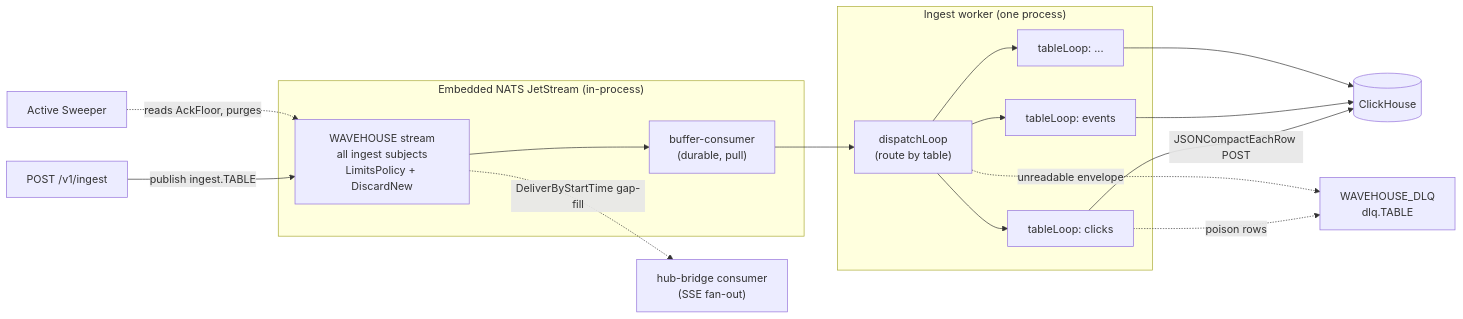
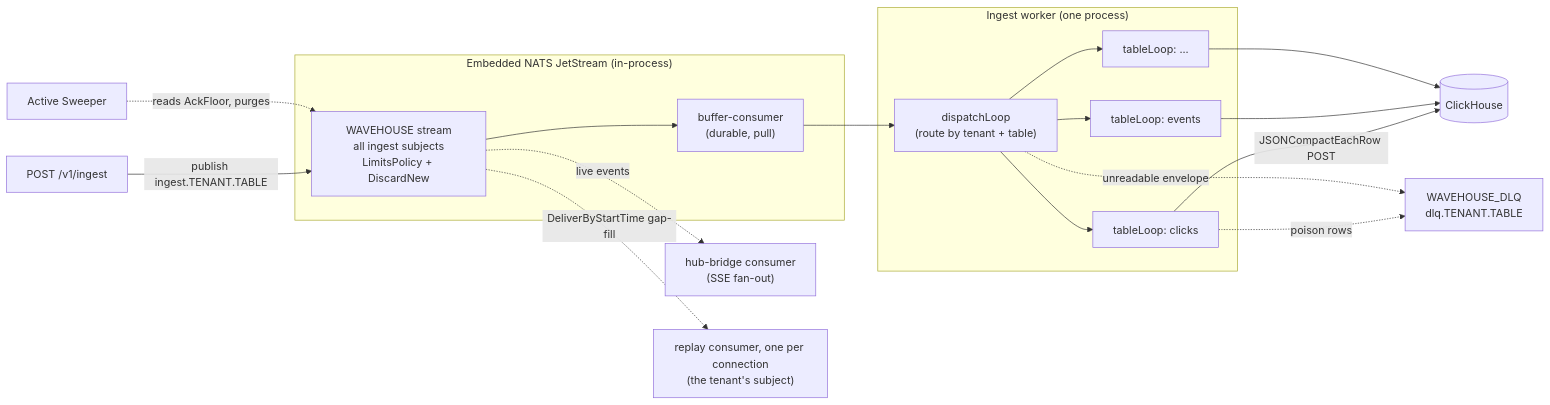
The first of 8 diagrams in docs/src/content/docs/ingest-pipeline.md (Wave-RF/WaveHouse), drawn with Mermaid before and after one commit. The commit also changed other lines of this file and 34 other files, not shown here.

First line of the commit message:
feat(mq): lead every subject with the tenant (#609)

````diff
--- a/docs/src/content/docs/ingest-pipeline.md
+++ b/docs/src/content/docs/ingest-pipeline.md
@@ -27,28 +27,29 @@
 ```mermaid
 flowchart LR
-    API["POST /v1/ingest"] -->|"publish ingest.TABLE"| Stream
+    API["POST /v1/ingest"] -->|"publish ingest.TENANT.TABLE"| Stream
 
     subgraph NATS["Embedded NATS JetStream (in-process)"]
         Stream["WAVEHOUSE stream<br/>all ingest subjects<br/>LimitsPolicy + DiscardNew"]
         Cons["buffer-consumer<br/>(durable, pull)"]
         Stream --> Cons
     end
 
     Cons --> D
 
     subgraph Worker["Ingest worker (one process)"]
-        D["dispatchLoop<br/>(route by table)"]
+        D["dispatchLoop<br/>(route by tenant + table)"]
         D --> TLa["tableLoop: clicks"]
         D --> TLb["tableLoop: events"]
         D --> TLc["tableLoop: ..."]
     end
 
     TLa -->|"JSONCompactEachRow POST"| CH[("ClickHouse")]
     TLb --> CH
     TLc --> CH
-    TLa -.->|"poison rows"| DLQ["WAVEHOUSE_DLQ<br/>dlq.TABLE"]
+    TLa -.->|"poison rows"| DLQ["WAVEHOUSE_DLQ<br/>dlq.TENANT.TABLE"]
     D -.->|"unreadable envelope"| DLQ
 
     Sweep["Active Sweeper"] -.->|"reads AckFloor, purges"| Stream
-    Stream -.->|"DeliverByStartTime gap-fill"| Hub["hub-bridge consumer<br/>(SSE fan-out)"]
+    Stream -.->|"live events"| Hub["hub-bridge consumer<br/>(SSE fan-out)"]
+    Stream -.->|"DeliverByStartTime gap-fill"| Replay["replay consumer, one per connection<br/>(the tenant's subject)"]
 ```
````
